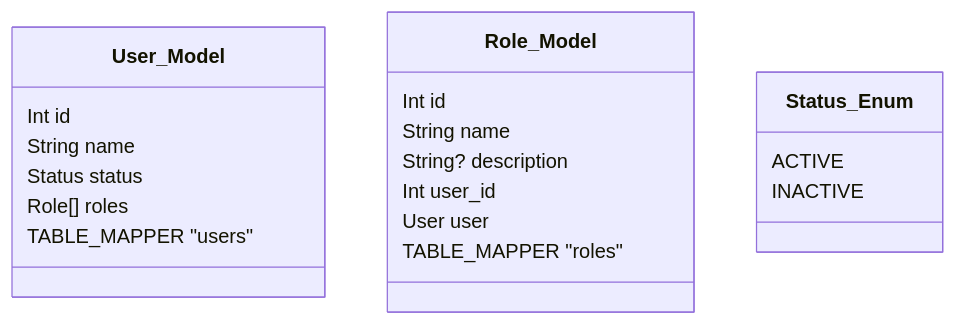
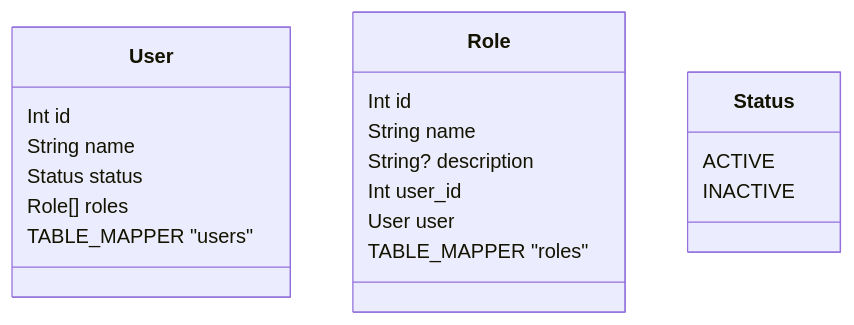
Before and after one commit to Raisess/reflective-mermaid: the diagram in public/output.mmd, drawn with Mermaid. The commit also changed 4 other files, not shown here.

```diff
--- a/public/output.mmd
+++ b/public/output.mmd
@@ -1,20 +1,20 @@
 classDiagram
-	class User_Model {
+	class User {
 		Int id
 		String name
 		Status status
 		Role[] roles
 		TABLE_MAPPER "users"
 	}
-	class Role_Model {
+	class Role {
 		Int id
 		String name
 		String? description
 		Int user_id
 		User user
 		TABLE_MAPPER "roles"
 	}
-	class Status_Enum {
+	class Status {
 		ACTIVE
 		INACTIVE
 	}
```
